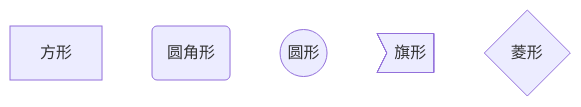
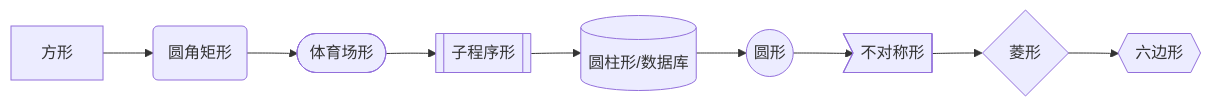
The first of 4 diagrams in _posts/software/markdown/2021-11-16-markdown使用.md (dmjcb/dmjcb.github.io), drawn with Mermaid before and after one commit. The commit also changed other lines of this file and 16 other files, not shown here.

````diff
--- a/_posts/software/markdown/2021-11-16-markdown使用.md
+++ b/_posts/software/markdown/2021-11-16-markdown使用.md
@@ -232,8 +232,11 @@
 ```mermaid
-graph TB
-    A[方形]
-    B(圆角形)
-    C((圆形))
-    D>旗形]
-    E{菱形}
+graph LR
+    A[方形] --> B(圆角矩形)
+    B --> C([体育场形])
+    C --> D[[子程序形]]
+    D --> E[(圆柱形/数据库)]
+    E --> F((圆形))
+    F --> G>不对称形]
+    G --> H{菱形}
+    H --> I{{六边形}}
 ```
````
